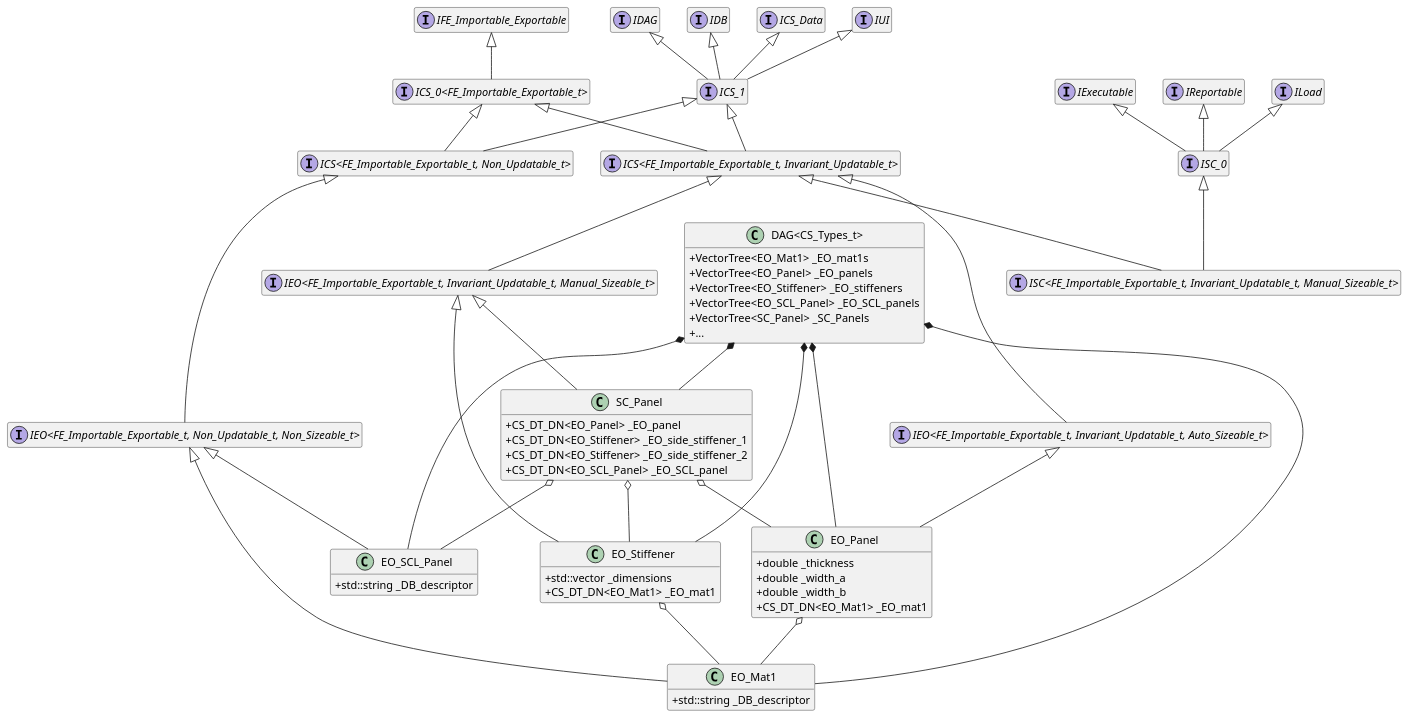
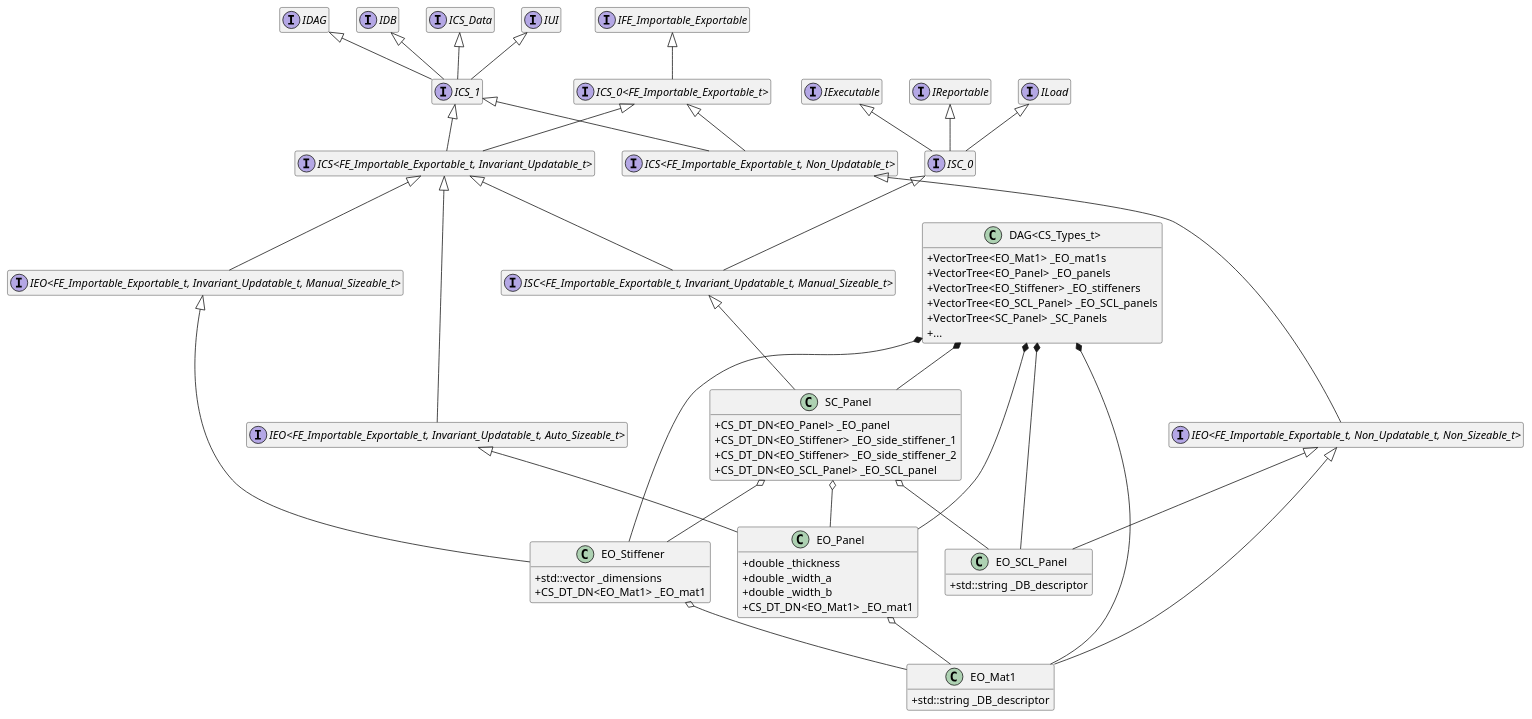
One commit to BarisAlbayrakIEEE/StructuralAnalysis changed the diagram in uml/DAG.puml. Above: the diagram before and after it, drawn with PlantUML. The commit also changed 3 other files, not shown here.

```diff
--- a/uml/DAG.puml
+++ b/uml/DAG.puml
@@ -1,92 +1,104 @@
 @startuml
 hide empty members
 skinparam classAttributeIconSize 0
 
 interface IUI
 interface IDAG
 interface IDB
 interface ICS_Data
+interface ICS_1
+
+IUI <|-- ICS_1
+IDAG <|-- ICS_1
+IDB <|-- ICS_1
+ICS_Data <|-- ICS_1
+
 interface IFE_Importable_Exportable
-interface IExecutable
-interface IReportable
-interface ILoad
 interface "ICS_0<FE_Importable_Exportable_t>"
-interface ICS_1
 interface "ICS<FE_Importable_Exportable_t, Non_Updatable_t>"
-interface "ICS<FE_Importable_Exportable_t, Invariant_Updatable_t>"
 interface "IEO<FE_Importable_Exportable_t, Non_Updatable_t, Non_Sizeable_t>"
-interface "IEO<FE_Importable_Exportable_t, Invariant_Updatable_t, Auto_Sizeable_t>"
-interface "IEO<FE_Importable_Exportable_t, Invariant_Updatable_t, Manual_Sizeable_t>"
-interface ISC_0
-interface "ISC<FE_Importable_Exportable_t, Invariant_Updatable_t, Manual_Sizeable_t>"
+
+IFE_Importable_Exportable <|-- "ICS_0<FE_Importable_Exportable_t>"
+"ICS_0<FE_Importable_Exportable_t>" <|-- "ICS<FE_Importable_Exportable_t, Non_Updatable_t>"
+ICS_1 <|-- "ICS<FE_Importable_Exportable_t, Non_Updatable_t>"
+"ICS<FE_Importable_Exportable_t, Non_Updatable_t>" <|-- "IEO<FE_Importable_Exportable_t, Non_Updatable_t, Non_Sizeable_t>"
+"IEO<FE_Importable_Exportable_t, Non_Updatable_t, Non_Sizeable_t>" <|-- EO_Mat1
+"IEO<FE_Importable_Exportable_t, Non_Updatable_t, Non_Sizeable_t>" <|-- EO_SCL_Panel
 
 class EO_Mat1 {
     +std::string _DB_descriptor
 }
+
+class EO_SCL_Panel {
+    +std::string _DB_descriptor
+}
+
+
+
+interface "ICS<FE_Importable_Exportable_t, Invariant_Updatable_t>"
+interface "IEO<FE_Importable_Exportable_t, Invariant_Updatable_t, Auto_Sizeable_t>"
+interface "IEO<FE_Importable_Exportable_t, Invariant_Updatable_t, Manual_Sizeable_t>"
+
+ICS_1 <|-- "ICS<FE_Importable_Exportable_t, Invariant_Updatable_t>"
+"ICS_0<FE_Importable_Exportable_t>" <|-- "ICS<FE_Importable_Exportable_t, Invariant_Updatable_t>"
+"ICS<FE_Importable_Exportable_t, Invariant_Updatable_t>" <|-- "IEO<FE_Importable_Exportable_t, Invariant_Updatable_t, Auto_Sizeable_t>"
+"ICS<FE_Importable_Exportable_t, Invariant_Updatable_t>" <|-- "IEO<FE_Importable_Exportable_t, Invariant_Updatable_t, Manual_Sizeable_t>"
+"IEO<FE_Importable_Exportable_t, Invariant_Updatable_t, Auto_Sizeable_t>" <|-- EO_Panel
+"IEO<FE_Importable_Exportable_t, Invariant_Updatable_t, Manual_Sizeable_t>" <|-- EO_Stiffener
 
 class EO_Panel {
     +double _thickness
     +double _width_a
     +double _width_b
     +CS_DT_DN<EO_Mat1> _EO_mat1
 }
+EO_Panel o-- EO_Mat1
 
 class EO_Stiffener {
     +std::vector _dimensions
     +CS_DT_DN<EO_Mat1> _EO_mat1
 }
+EO_Stiffener o-- EO_Mat1
 
-class EO_SCL_Panel {
-    +std::string _DB_descriptor
-}
+
+
+interface IExecutable
+interface IReportable
+interface ILoad
+interface ISC_0
+interface "ISC<FE_Importable_Exportable_t, Invariant_Updatable_t, Manual_Sizeable_t>"
+
+IExecutable <|-- ISC_0
+IReportable <|-- ISC_0
+ILoad <|-- ISC_0
+ISC_0 <|-- "ISC<FE_Importable_Exportable_t, Invariant_Updatable_t, Manual_Sizeable_t>"
+"ICS<FE_Importable_Exportable_t, Invariant_Updatable_t>" <|-- "ISC<FE_Importable_Exportable_t, Invariant_Updatable_t, Manual_Sizeable_t>"
+"ISC<FE_Importable_Exportable_t, Invariant_Updatable_t, Manual_Sizeable_t>" <|-- SC_Panel
 
 class SC_Panel {
     +CS_DT_DN<EO_Panel> _EO_panel
     +CS_DT_DN<EO_Stiffener> _EO_side_stiffener_1
     +CS_DT_DN<EO_Stiffener> _EO_side_stiffener_2
     +CS_DT_DN<EO_SCL_Panel> _EO_SCL_panel
 }
+SC_Panel o-- EO_Panel
+SC_Panel o-- EO_Stiffener
+SC_Panel o-- EO_SCL_Panel
+
+
 
 class "DAG<CS_Types_t>" {
     +VectorTree<EO_Mat1> _EO_mat1s
     +VectorTree<EO_Panel> _EO_panels
     +VectorTree<EO_Stiffener> _EO_stiffeners
     +VectorTree<EO_SCL_Panel> _EO_SCL_panels
     +VectorTree<SC_Panel> _SC_Panels
     +...
 }
-
-IFE_Importable_Exportable <|-- "ICS_0<FE_Importable_Exportable_t>"
-IUI <|-- ICS_1
-IDAG <|-- ICS_1
-IDB <|-- ICS_1
-ICS_Data <|-- ICS_1
-"ICS_0<FE_Importable_Exportable_t>" <|-- "ICS<FE_Importable_Exportable_t, Non_Updatable_t>"
-"ICS_0<FE_Importable_Exportable_t>" <|-- "ICS<FE_Importable_Exportable_t, Invariant_Updatable_t>"
-ICS_1 <|-- "ICS<FE_Importable_Exportable_t, Non_Updatable_t>"
-ICS_1 <|-- "ICS<FE_Importable_Exportable_t, Invariant_Updatable_t>"
-"ICS<FE_Importable_Exportable_t, Non_Updatable_t>" <|-- "IEO<FE_Importable_Exportable_t, Non_Updatable_t, Non_Sizeable_t>"
-"ICS<FE_Importable_Exportable_t, Invariant_Updatable_t>" <|-- "IEO<FE_Importable_Exportable_t, Invariant_Updatable_t, Auto_Sizeable_t>"
-"ICS<FE_Importable_Exportable_t, Invariant_Updatable_t>" <|-- "IEO<FE_Importable_Exportable_t, Invariant_Updatable_t, Manual_Sizeable_t>"
-"ICS<FE_Importable_Exportable_t, Invariant_Updatable_t>" <|-- "ISC<FE_Importable_Exportable_t, Invariant_Updatable_t, Manual_Sizeable_t>"
-IExecutable <|-- ISC_0
-IReportable <|-- ISC_0
-ILoad <|-- ISC_0
-ISC_0 <|-- "ISC<FE_Importable_Exportable_t, Invariant_Updatable_t, Manual_Sizeable_t>"
-"IEO<FE_Importable_Exportable_t, Non_Updatable_t, Non_Sizeable_t>" <|-- EO_Mat1
-"IEO<FE_Importable_Exportable_t, Invariant_Updatable_t, Auto_Sizeable_t>" <|-- EO_Panel
-"IEO<FE_Importable_Exportable_t, Invariant_Updatable_t, Manual_Sizeable_t>" <|-- EO_Stiffener
-"IEO<FE_Importable_Exportable_t, Non_Updatable_t, Non_Sizeable_t>" <|-- EO_SCL_Panel
-"IEO<FE_Importable_Exportable_t, Invariant_Updatable_t, Manual_Sizeable_t>" <|-- SC_Panel
-EO_Panel o-- EO_Mat1
-EO_Stiffener o-- EO_Mat1
-SC_Panel o-- EO_Panel
-SC_Panel o-- EO_Stiffener
-SC_Panel o-- EO_SCL_Panel
 "DAG<CS_Types_t>" *-- EO_Mat1
 "DAG<CS_Types_t>" *-- EO_Panel
 "DAG<CS_Types_t>" *-- EO_Stiffener
 "DAG<CS_Types_t>" *-- EO_SCL_Panel
 "DAG<CS_Types_t>" *-- SC_Panel
 
 @enduml
```
